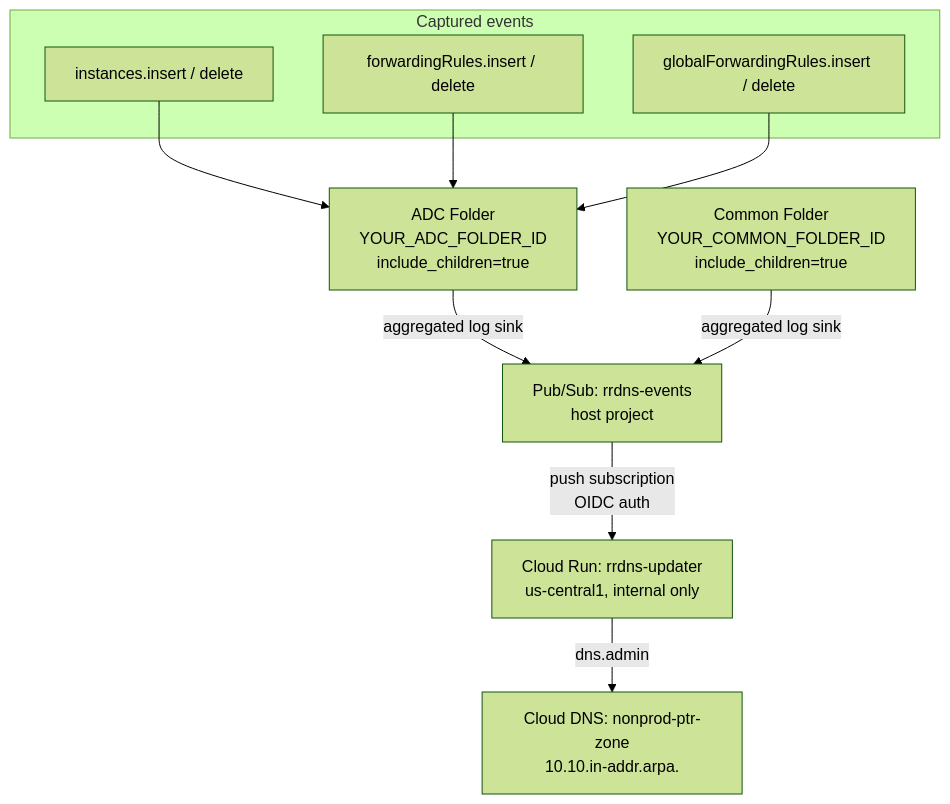
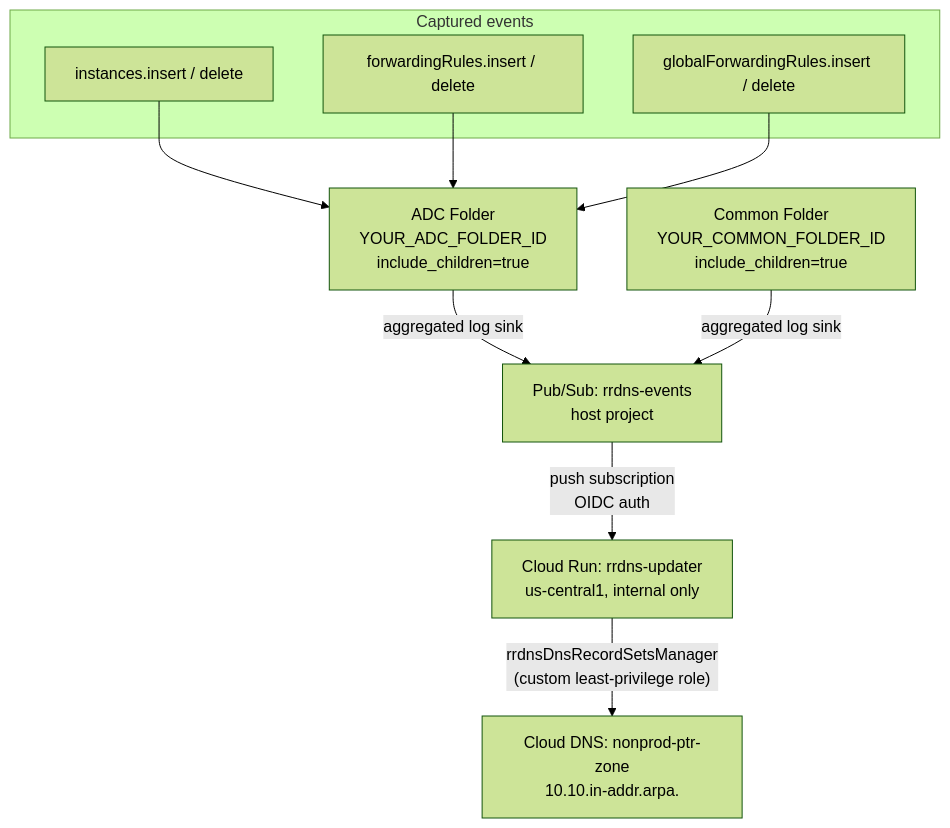
Before and after one commit to blip-blip-blip/gcp_rdns_lab: the first of 5 diagrams in README.md, drawn with Mermaid (forest theme). The commit also changed other lines of this file and 4 other files, not shown here.

````diff
--- a/README.md
+++ b/README.md
@@ -34,21 +35,21 @@
 ```mermaid
 flowchart TD
     A[ADC Folder\nYOUR_ADC_FOLDER_ID\ninclude_children=true] -->|aggregated log sink| T
     B[Common Folder\nYOUR_COMMON_FOLDER_ID\ninclude_children=true] -->|aggregated log sink| T
 
     T[Pub/Sub: rrdns-events\nhost project]
     T -->|push subscription\nOIDC auth| CR
 
     CR[Cloud Run: rrdns-updater\nus-central1, internal only]
-    CR -->|dns.admin| DNS
+    CR -->|"rrdnsDnsRecordSetsManager\n(custom least-privilege role)"| DNS
 
     DNS[Cloud DNS: nonprod-ptr-zone\n10.10.in-addr.arpa.]
 
     subgraph "Captured events"
         E1[instances.insert / delete]
         E2[forwardingRules.insert / delete]
         E3[globalForwardingRules.insert / delete]
     end
 
     E1 & E2 & E3 --> A
 ```
````
